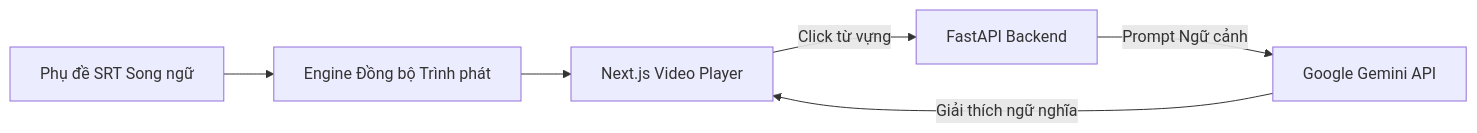
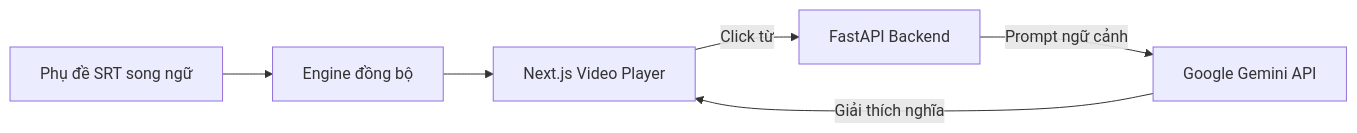
Before and after one commit to nguyengoctin/my_website: the diagram in content/posts/bilingual-movie-learning-platform.md, drawn with Mermaid. The commit also changed 9 other files, not shown here.

````diff
--- a/content/posts/bilingual-movie-learning-platform.md
+++ b/content/posts/bilingual-movie-learning-platform.md
@@ -24,8 +24,13 @@
 ```mermaid
 flowchart LR
-    Sub["Phụ đề SRT Song ngữ"] --> Sync["Engine Đồng bộ Trình phát"]
-    Sync --> UI["Next.js Video Player"]
-    UI -->|Click từ vựng| API["FastAPI Backend"]
-    API -->|Prompt Ngữ cảnh| Gemini["Google Gemini API"]
-    Gemini -->|Giải thích ngữ nghĩa| UI
+    Sub["`Phụ đề SRT song ngữ`"]
+    Sync["`Engine đồng bộ`"]
+    UI["`Next.js Video Player`"]
+    API["`FastAPI Backend`"]
+    Gemini["`Google Gemini API`"]
+    Sub --> Sync
+    Sync --> UI
+    UI -->|Click từ| API
+    API -->|Prompt ngữ cảnh| Gemini
+    Gemini -->|Giải thích nghĩa| UI
 ```
````
